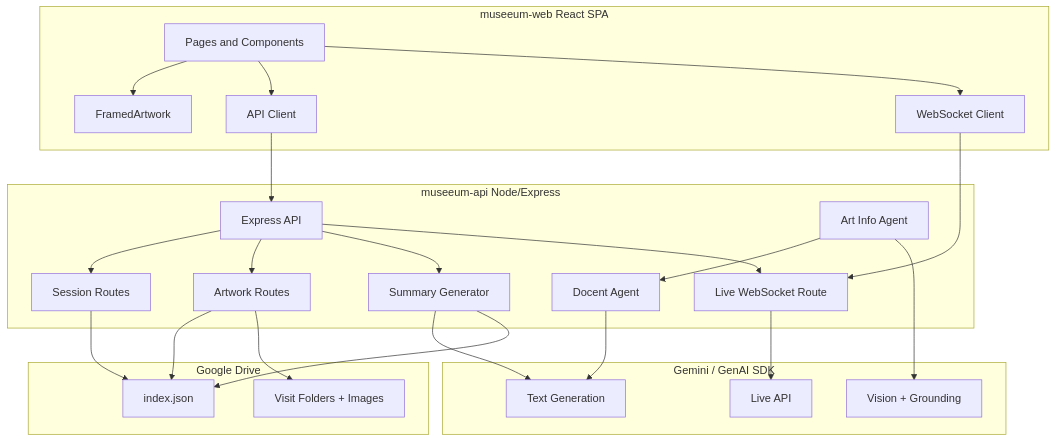
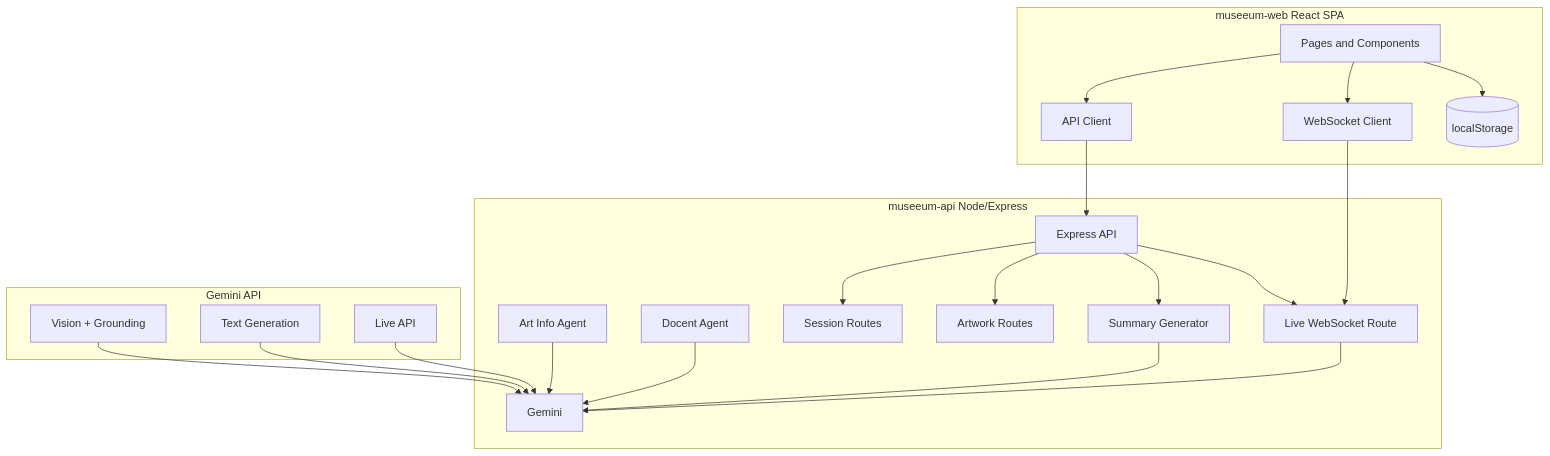
One commit to zhitongLIU/google-gemini-hackaton-MuSeeum changed the diagram in ARCHITECTURE.md. Above: the diagram before and after it, drawn with Mermaid. The commit also changed other lines of this file and 76 other files, not shown here.

````diff
--- a/ARCHITECTURE.md
+++ b/ARCHITECTURE.md
@@ -17,49 +17,43 @@
 ```mermaid
 flowchart TB
   subgraph frontend [museeum-web React SPA]
     UI[Pages and Components]
-    FramedArtwork[FramedArtwork]
     API[API Client]
     WS[WebSocket Client]
-    UI --> FramedArtwork
+    LS[(localStorage)]
     UI --> API
     UI --> WS
+    UI --> LS
   end
 
   subgraph backend [museeum-api Node/Express]
     Express[Express API]
     ArtInfo[Art Info Agent]
     Docent[Docent Agent]
     Summary[Summary Generator]
     LiveRoute[Live WebSocket Route]
     Sessions[Session Routes]
     Artwork[Artwork Routes]
     Express --> Sessions
     Express --> Artwork
     Express --> Summary
     Express --> LiveRoute
-    ArtInfo --> Docent
+    ArtInfo --> Gemini
+    Docent --> Gemini
+    Summary --> Gemini
+    LiveRoute --> Gemini
   end
 
-  subgraph gemini [Gemini / GenAI SDK]
+  subgraph gemini [Gemini API]
     Vision[Vision + Grounding]
     Text[Text Generation]
     Live[Live API]
-    ArtInfo --> Vision
-    Docent --> Text
-    Summary --> Text
-    LiveRoute --> Live
-  end
-
-  subgraph storage [Google Drive]
-    Index[index.json]
-    Folders[Visit Folders + Images]
-    Sessions --> Index
-    Artwork --> Index
-    Artwork --> Folders
-    Summary --> Index
+    Gemini[Gemini]
+    Vision --> Gemini
+    Text --> Gemini
+    Live --> Gemini
   end
 
   API --> Express
   WS --> LiveRoute
 ```
````
